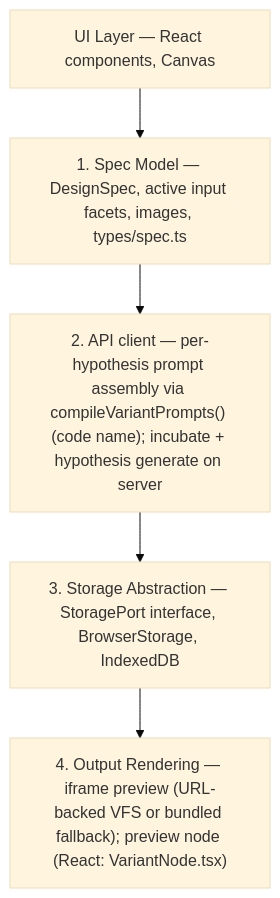
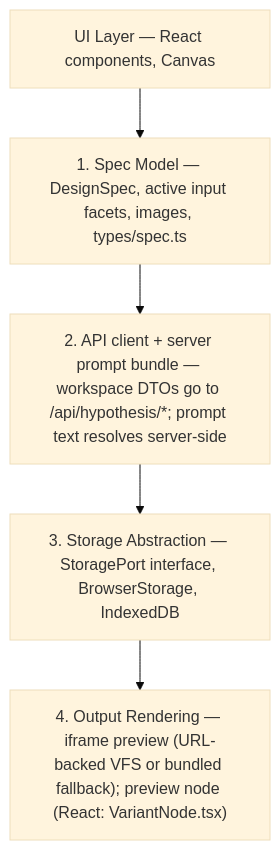
Before and after one commit to wolfyy970/auto-designer: the third of 4 diagrams in ARCHITECTURE.md, drawn with Mermaid (base theme). The commit also changed other lines of this file and 139 other files, not shown here.

````diff
--- a/ARCHITECTURE.md
+++ b/ARCHITECTURE.md
@@ -149,10 +147,10 @@
 ```mermaid
 flowchart TB
   ui["UI Layer — React components, Canvas"]
   spec["1. Spec Model — DesignSpec, active input facets, images, types/spec.ts"]
-  api["2. API client — per-hypothesis prompt assembly via compileVariantPrompts() (code name); incubate + hypothesis generate on server"]
+  api["2. API client + server prompt bundle — workspace DTOs go to /api/hypothesis/*; prompt text resolves server-side"]
   storage["3. Storage Abstraction — StoragePort interface, BrowserStorage, IndexedDB"]
   output["4. Output Rendering — iframe preview (URL-backed VFS or bundled fallback); preview node (React: VariantNode.tsx)"]
 
   ui --> spec --> api --> storage --> output
 ```
````
